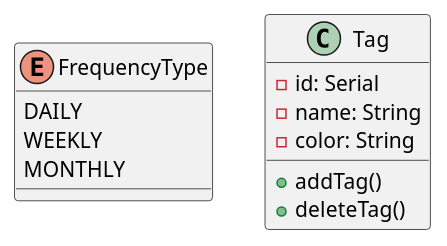
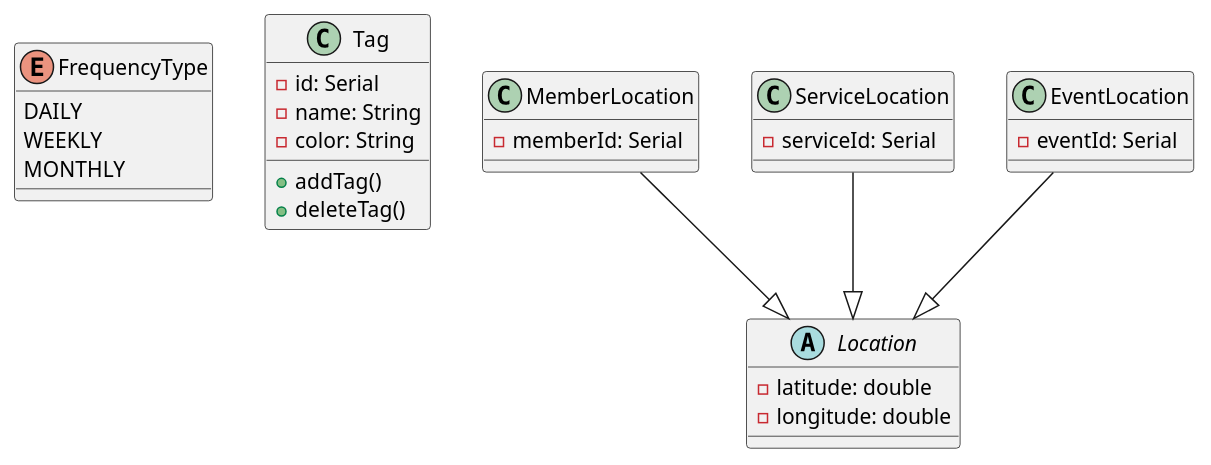
Before and after one commit to ZDenizYStenhaug/swe573-Project: the diagram in models.puml, drawn with PlantUML. The commit also changed 6 other files, not shown here.

Commit message:
edit diagrams

```diff
--- a/models.puml
+++ b/models.puml
@@ -1,17 +1,36 @@
 @startuml
 enum FrequencyType {
     DAILY
     WEEKLY
     MONTHLY
 }
-
-
 class Tag {
     -id: Serial
     -name: String
     -color: String
 
     +addTag()
     +deleteTag()
 }
+
+abstract class Location {
+    - latitude: double
+    - longitude: double
+    }
+
+class MemberLocation {
+    -memberId: Serial
+}
+
+MemberLocation --|> Location
+
+class ServiceLocation {
+    -serviceId: Serial
+}
+ServiceLocation --|> Location
+
+class EventLocation {
+    -eventId: Serial
+}
+EventLocation --|> Location
 @enduml
```
